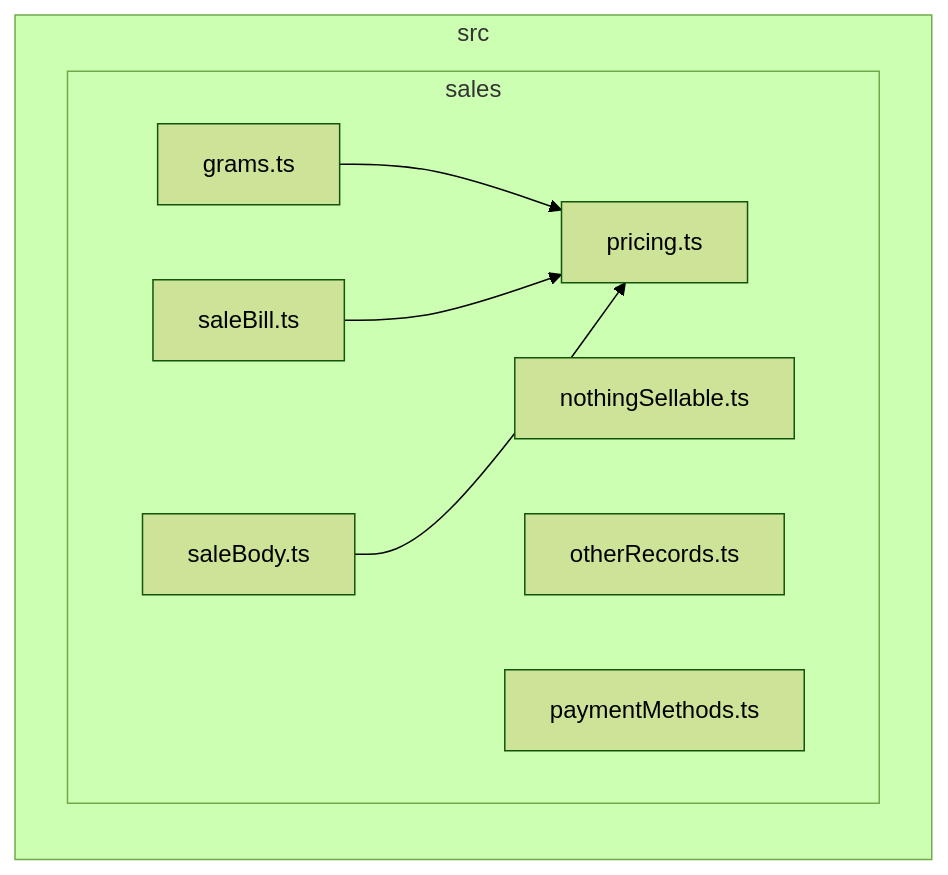
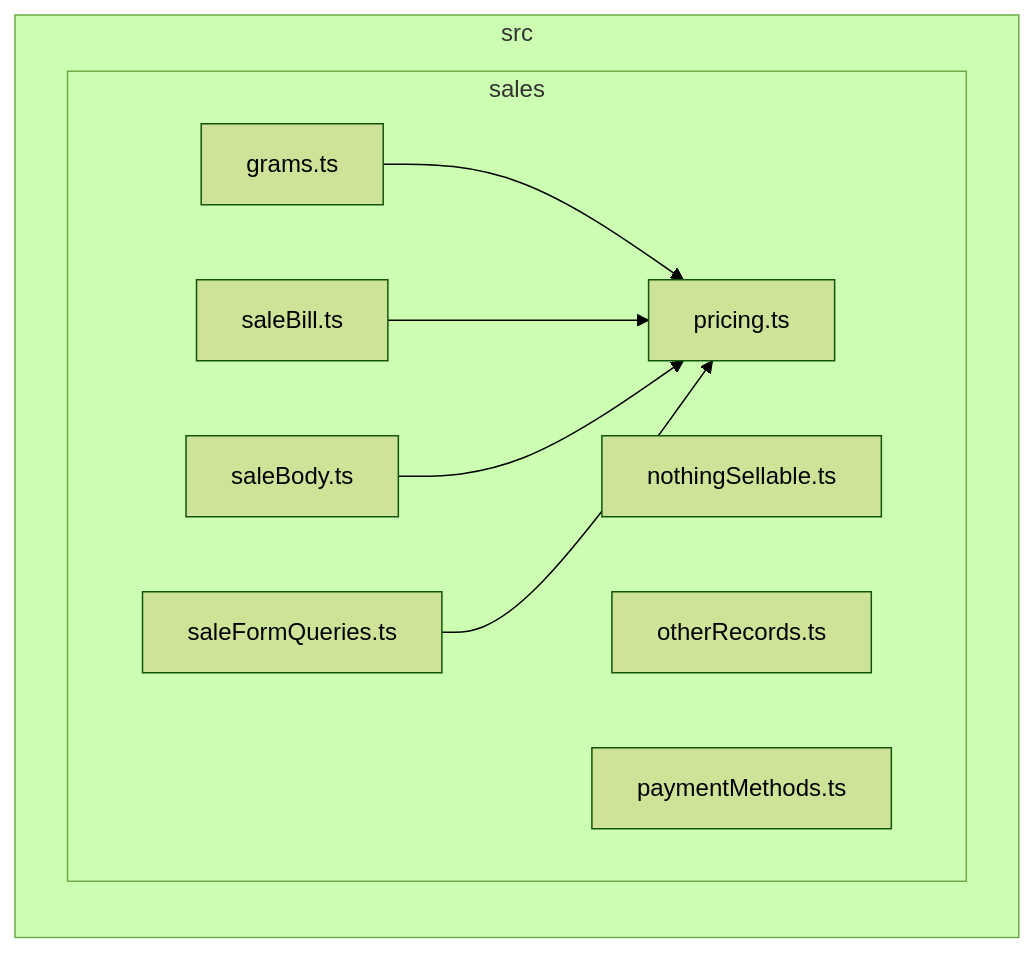
Before and after one commit to GonzaloZevallos/apostrophe: the diagram in docs/architecture/generated/front-modules/sales.md, drawn with Mermaid (forest theme). The commit also changed 4 other files, not shown here.

````diff
--- a/docs/architecture/generated/front-modules/sales.md
+++ b/docs/architecture/generated/front-modules/sales.md
@@ -7,17 +7,19 @@
 ```mermaid
 flowchart LR
 subgraph src["src"]
   subgraph src_sales["sales"]
     src_sales_grams_ts["grams.ts"]
     src_sales_nothingSellable_ts["nothingSellable.ts"]
     src_sales_otherRecords_ts["otherRecords.ts"]
     src_sales_paymentMethods_ts["paymentMethods.ts"]
     src_sales_pricing_ts["pricing.ts"]
     src_sales_saleBill_ts["saleBill.ts"]
     src_sales_saleBody_ts["saleBody.ts"]
+    src_sales_saleFormQueries_ts["saleFormQueries.ts"]
   end
 end
 src_sales_grams_ts-->src_sales_pricing_ts
 src_sales_saleBill_ts-->src_sales_pricing_ts
 src_sales_saleBody_ts-->src_sales_pricing_ts
+src_sales_saleFormQueries_ts-->src_sales_pricing_ts
 ```
````
